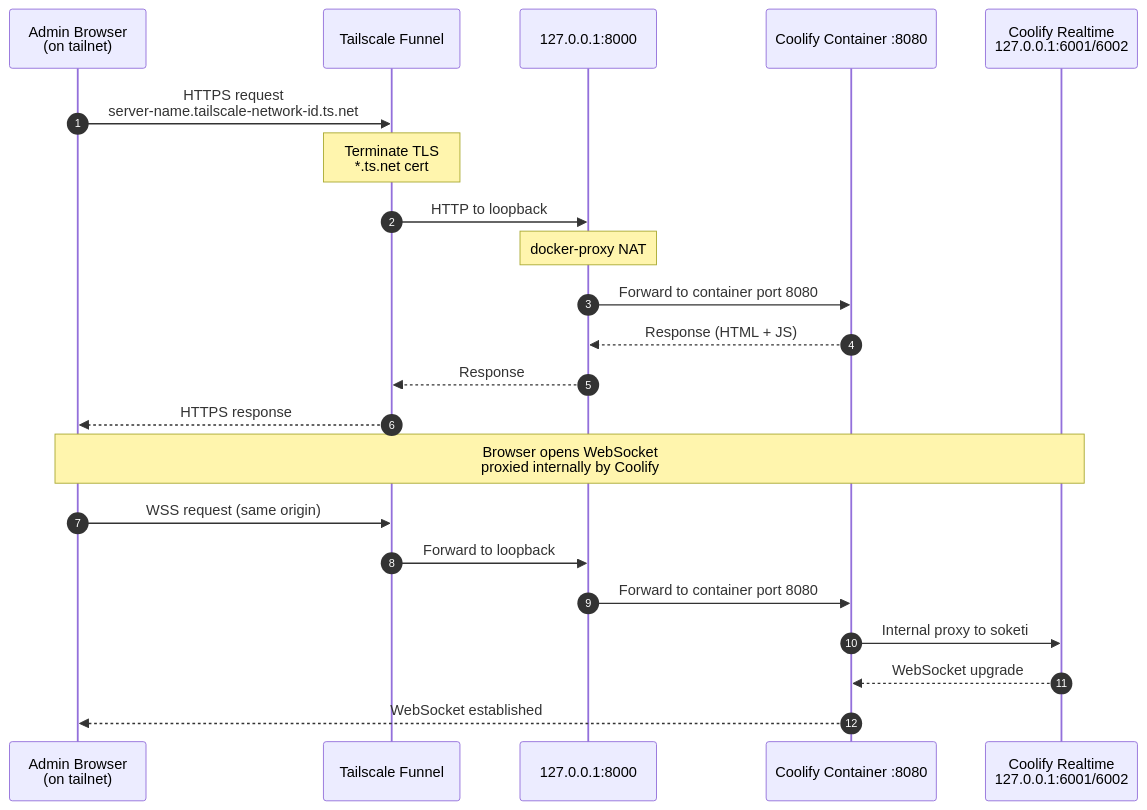
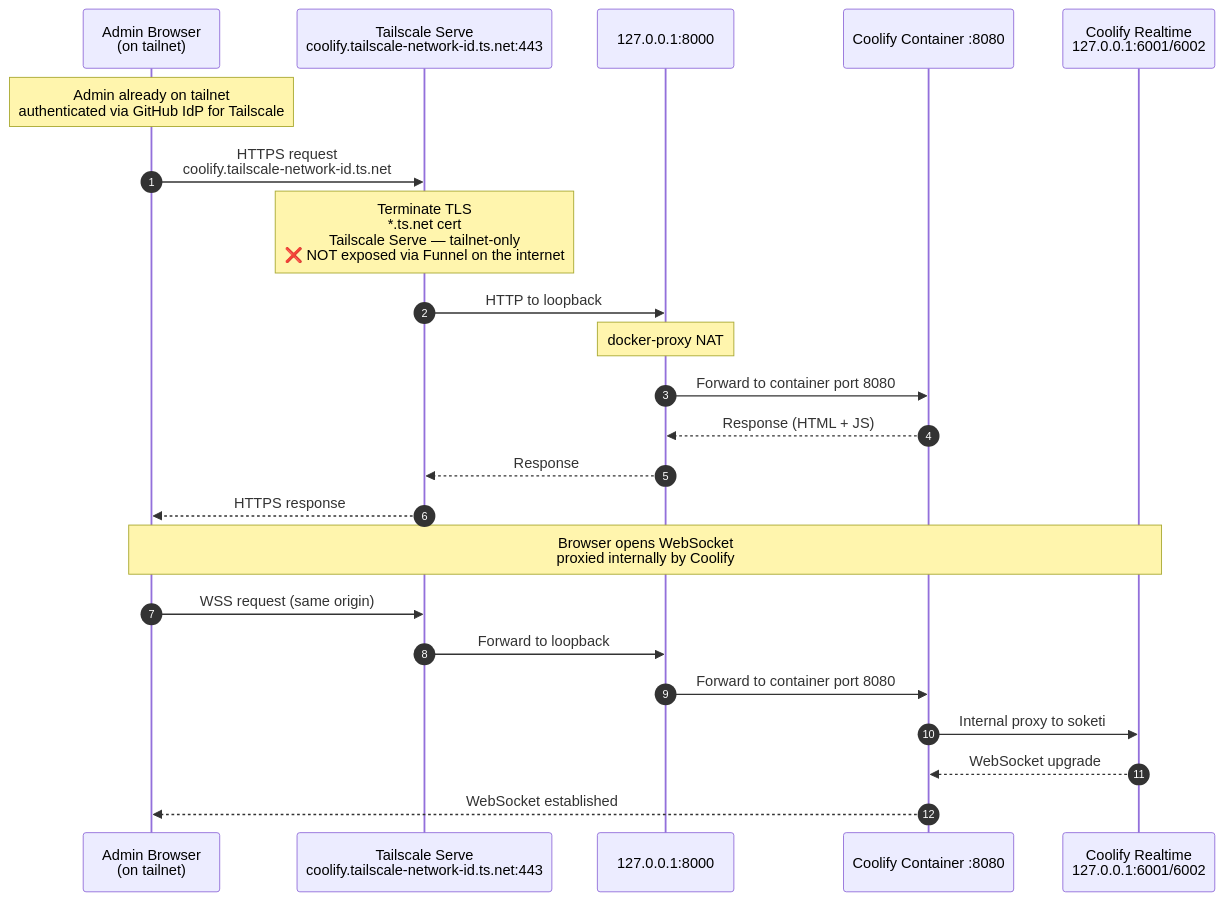
The third of 5 diagrams in frontend/src/content/posts/tech-blog-02.md (mota-lhd/blog), drawn with Mermaid before and after one commit. The commit also changed other lines of this file and 1 other file, not shown here.

````diff
--- a/frontend/src/content/posts/tech-blog-02.md
+++ b/frontend/src/content/posts/tech-blog-02.md
@@ -121,26 +137,28 @@
 ```mermaid
 sequenceDiagram
     autonumber
     participant A as Admin Browser<br/>(on tailnet)
-    participant TF as Tailscale Funnel
+    participant TF as Tailscale Serve<br/>coolify.tailscale-network-id.ts.net:443
     participant LP as 127.0.0.1:8000
     participant C as Coolify Container :8080
     participant S as Coolify Realtime<br/>127.0.0.1:6001/6002
 
-    A->>TF: HTTPS request<br/>server-name.tailscale-network-id.ts.net
-    Note over TF: Terminate TLS<br/>*.ts.net cert
+    Note over A: Admin already on tailnet<br/>authenticated via GitHub IdP for Tailscale
+
+    A->>TF: HTTPS request<br/>coolify.tailscale-network-id.ts.net
+    Note over TF: Terminate TLS<br/>*.ts.net cert<br/>Tailscale Serve — tailnet-only<br/>❌ NOT exposed via Funnel on the internet
     TF->>LP: HTTP to loopback
     Note over LP: docker-proxy NAT
     LP->>C: Forward to container port 8080
     C-->>LP: Response (HTML + JS)
     LP-->>TF: Response
     TF-->>A: HTTPS response
 
     Note over A,S: Browser opens WebSocket<br/>proxied internally by Coolify
     A->>TF: WSS request (same origin)
     TF->>LP: Forward to loopback
     LP->>C: Forward to container port 8080
     C->>S: Internal proxy to soketi
     S-->>C: WebSocket upgrade
     C-->>A: WebSocket established
 ```
````
